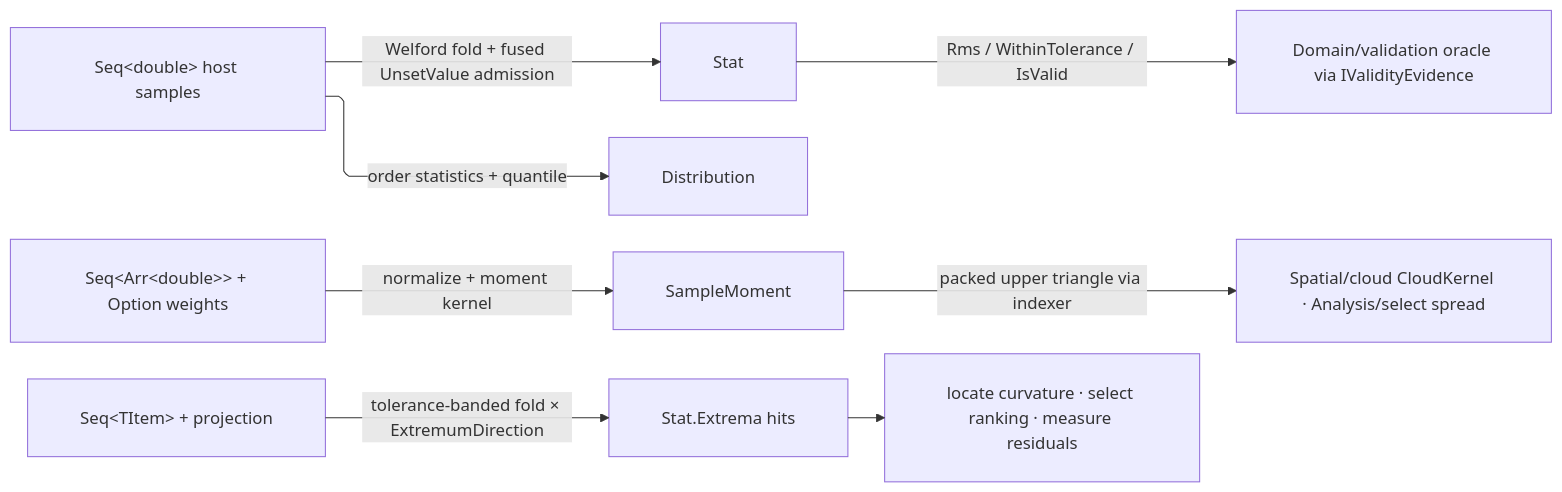
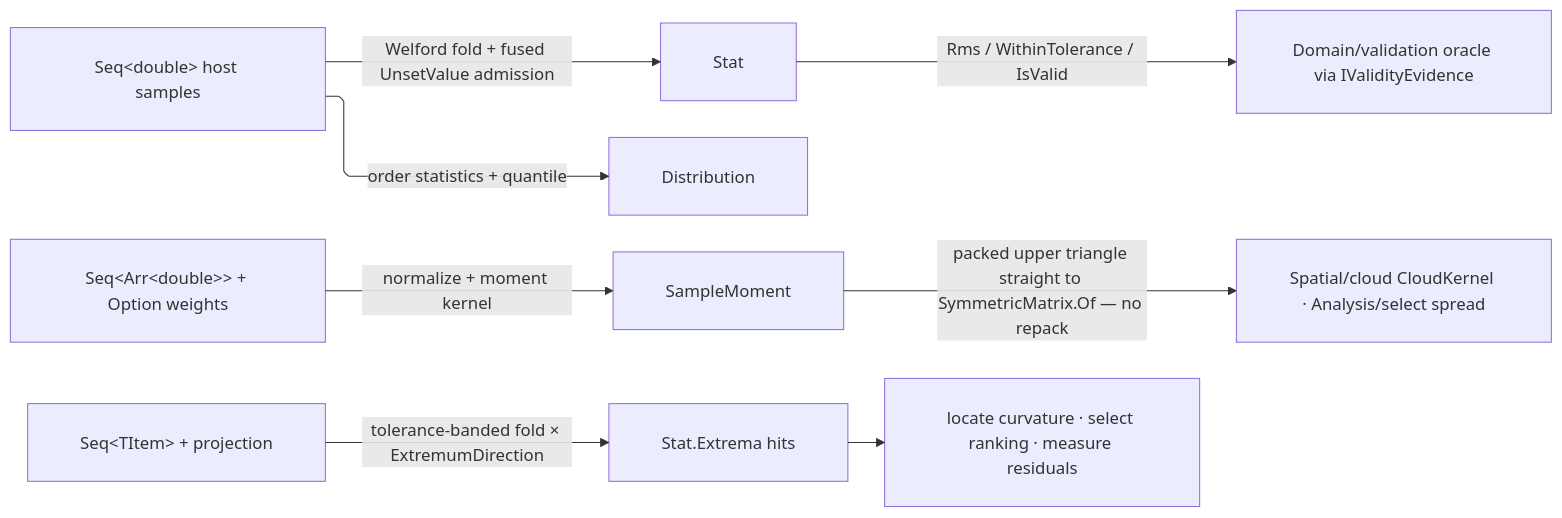
The diagram in libs/csharp/Rasm/.planning/Domain/stats.md (bsamiee/Rasm), drawn with Mermaid before and after one commit. The commit also changed other lines of this file and 693 other files, not shown here.

````diff
--- a/libs/csharp/Rasm/.planning/Domain/stats.md
+++ b/libs/csharp/Rasm/.planning/Domain/stats.md
@@ -210,17 +290,19 @@
 ```mermaid
 ---
 config:
   layout: elk
   flowchart:
     curve: linear
     padding: 25
 ---
 flowchart LR
+    accTitle: Stats receipt flow
+    accDescr: Host samples fold into Stat, Distribution, SampleMoment, and extrema receipts, each re-entering the validation oracle before downstream consumers read them.
     Samples["Seq&lt;double&gt; host samples"] -->|Welford fold + fused UnsetValue admission| Stat
     Stat -->|Rms / WithinTolerance / IsValid| Oracle["Domain/validation oracle via IValidityEvidence"]
     Samples -->|order statistics + quantile| Distribution
     Rows["Seq&lt;Arr&lt;double&gt;&gt; + Option weights"] -->|normalize + moment kernel| SampleMoment
-    SampleMoment -->|packed upper triangle via indexer| PCA["Spatial/cloud CloudKernel · Analysis/select spread"]
+    SampleMoment -->|packed upper triangle straight to SymmetricMatrix.Of — no repack| PCA["Spatial/cloud CloudKernel · Analysis/select spread"]
     Items["Seq&lt;TItem&gt; + projection"] -->|tolerance-banded fold × ExtremumDirection| Extrema["Stat.Extrema hits"]
     Extrema --> Families["locate curvature · select ranking · measure residuals"]
 ```
````
